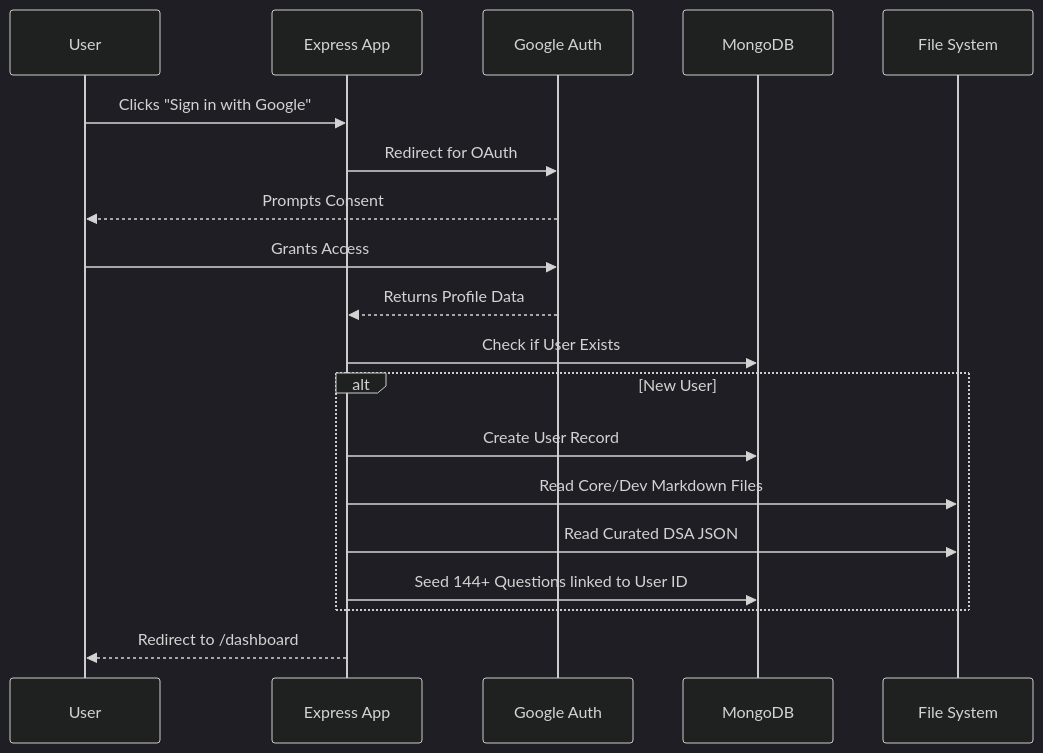
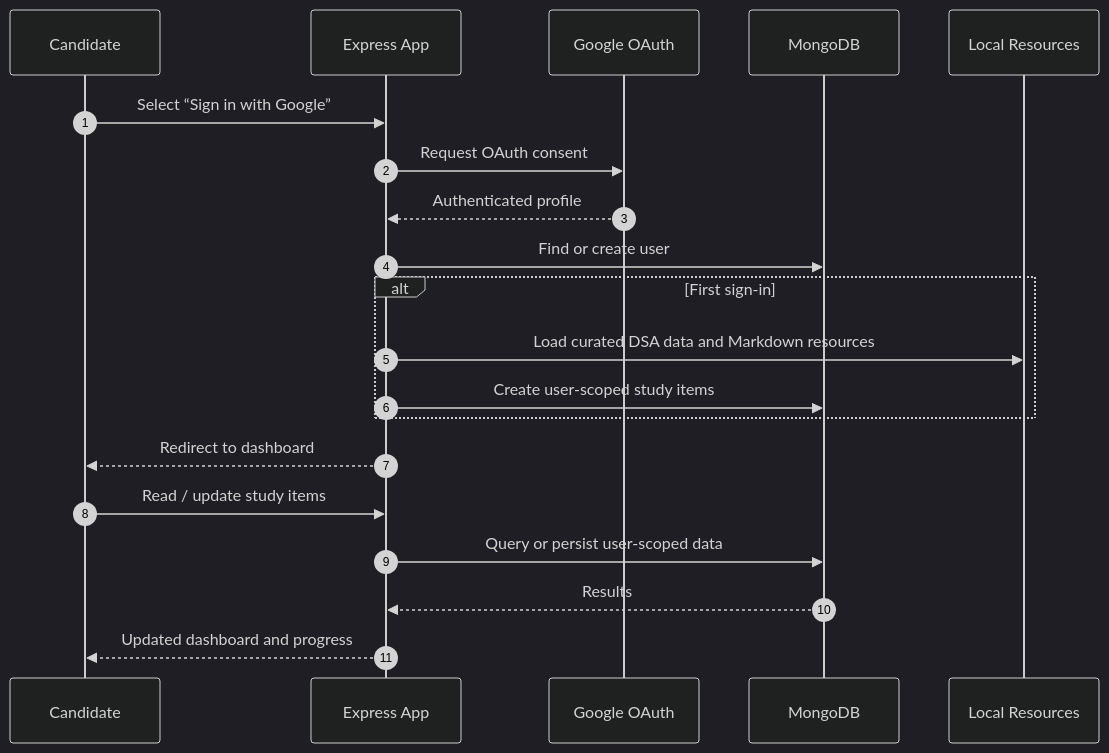
One commit to 2024ucp1505/Placement-Preparation-tracker changed the third of 3 diagrams in README.md. Above: the diagram before and after it, drawn with Mermaid (dark theme). The commit also changed other lines of this file, not shown here.

````diff
--- a/README.md
+++ b/README.md
@@ -55,24 +71,23 @@
 ```mermaid
 sequenceDiagram
-    participant User
-    participant App as Express App
-    participant Google as Google Auth
-    participant DB as MongoDB
-    participant FileSys as File System
+    autonumber
+    participant U as Candidate
+    participant A as Express App
+    participant G as Google OAuth
+    participant D as MongoDB
+    participant R as Local Resources
 
-    User->>App: Clicks "Sign in with Google"
-    App->>Google: Redirect for OAuth
-    Google-->>User: Prompts Consent
-    User->>Google: Grants Access
-    Google-->>App: Returns Profile Data
-    
-    App->>DB: Check if User Exists
-    alt New User
-        App->>DB: Create User Record
-        App->>FileSys: Read Core/Dev Markdown Files
-        App->>FileSys: Read Curated DSA JSON
-        App->>DB: Seed 144+ Questions linked to User ID
+    U->>A: Select “Sign in with Google”
+    A->>G: Request OAuth consent
+    G-->>A: Authenticated profile
+    A->>D: Find or create user
+    alt First sign-in
+        A->>R: Load curated DSA data and Markdown resources
+        A->>D: Create user-scoped study items
     end
-    
-    App-->>User: Redirect to /dashboard
+    A-->>U: Redirect to dashboard
+    U->>A: Read / update study items
+    A->>D: Query or persist user-scoped data
+    D-->>A: Results
+    A-->>U: Updated dashboard and progress
 ```
````
